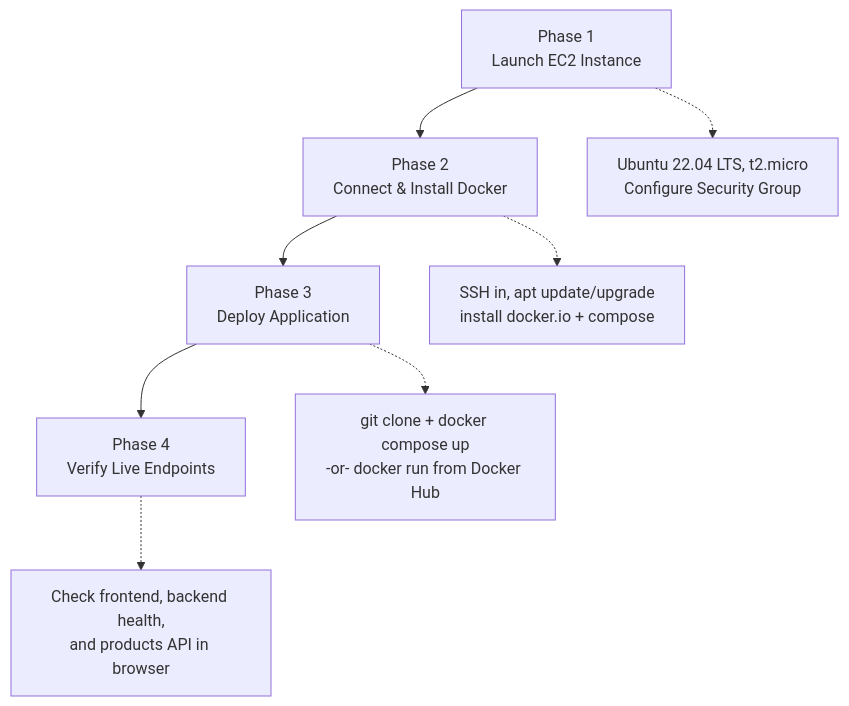
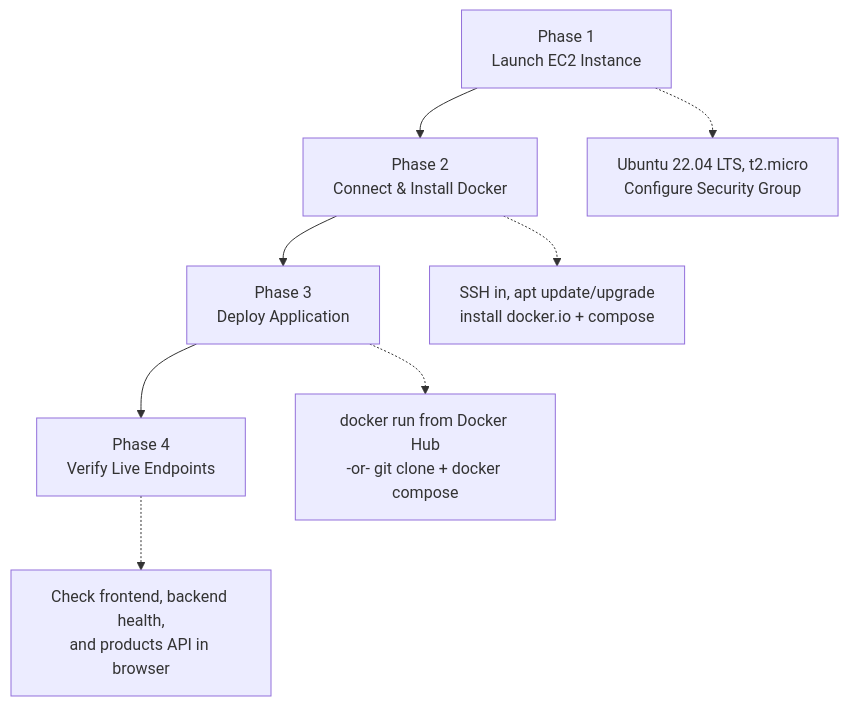
The diagram in README.md (nayka-mihir/AWS_PROJECT2), drawn with Mermaid before and after one commit. The commit also changed other lines of this file and 2 other files, not shown here.

````diff
--- a/README.md
+++ b/README.md
@@ -126,11 +146,11 @@
 ```mermaid
 flowchart TD
     P1["Phase 1<br/>Launch EC2 Instance"] --> P2["Phase 2<br/>Connect & Install Docker"]
     P2 --> P3["Phase 3<br/>Deploy Application"]
     P3 --> P4["Phase 4<br/>Verify Live Endpoints"]
 
     P1 -.-> P1a["Ubuntu 22.04 LTS, t2.micro<br/>Configure Security Group"]
     P2 -.-> P2a["SSH in, apt update/upgrade<br/>install docker.io + compose"]
-    P3 -.-> P3a["git clone + docker compose up<br/>-or- docker run from Docker Hub"]
+    P3 -.-> P3a["docker run from Docker Hub<br/>-or- git clone + docker compose"]
     P4 -.-> P4a["Check frontend, backend health,<br/>and products API in browser"]
 ```
````
